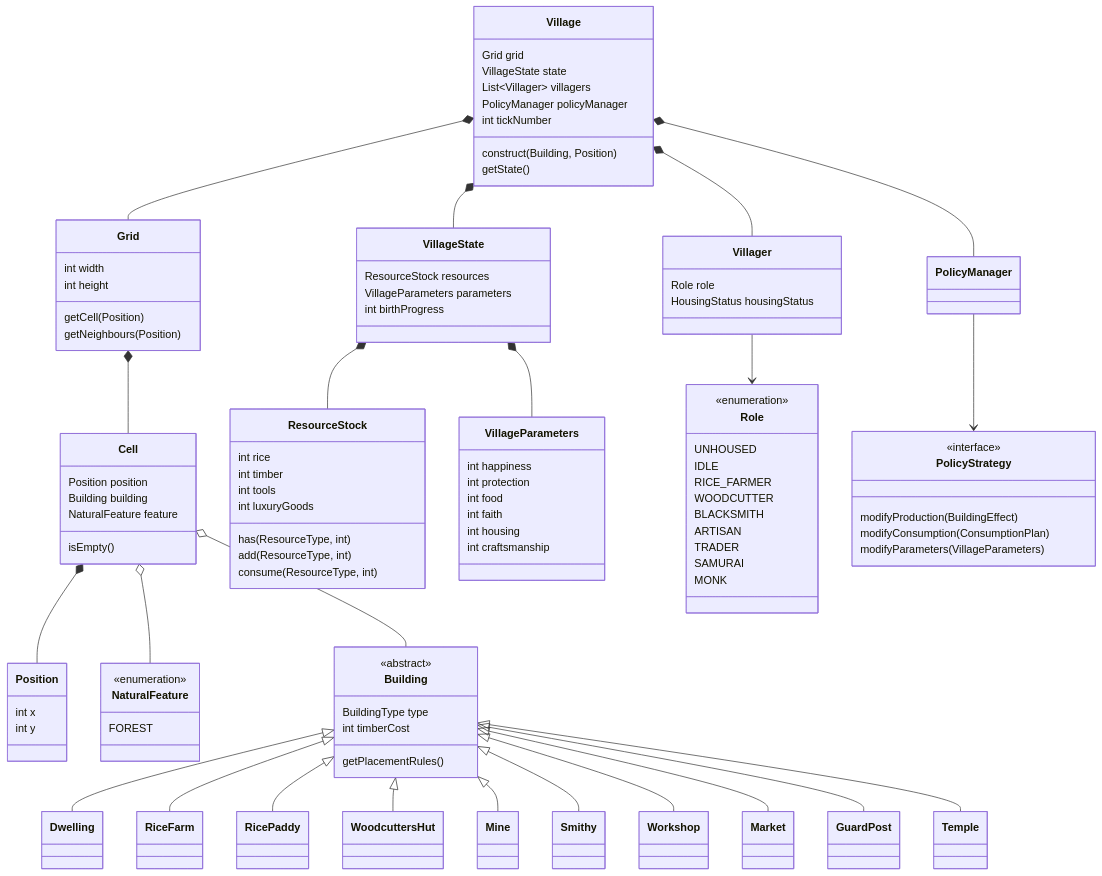
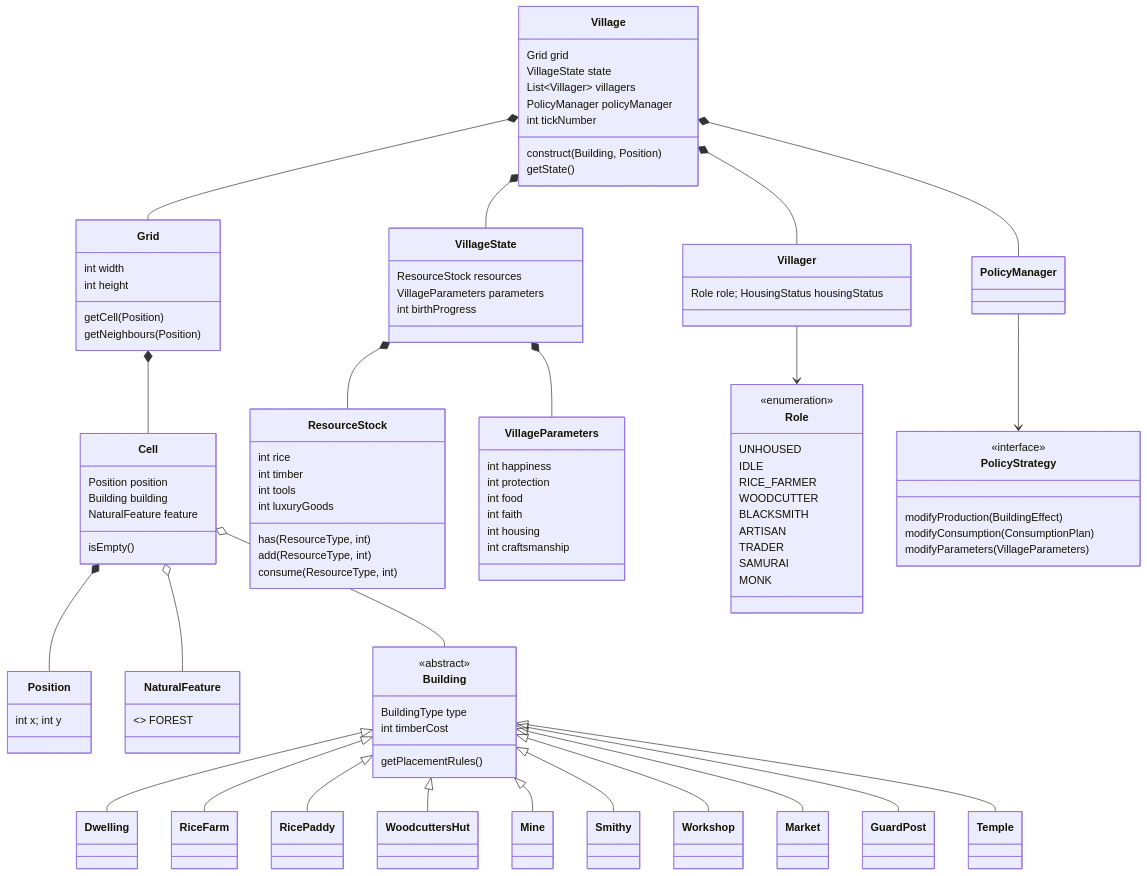
The first of 14 diagrams in docs/DesignDocument.md (edope704/DaimyoSimulator), drawn with Mermaid before and after one commit. The commit also changed other lines of this file, not shown here.

```diff
--- a/docs/DesignDocument.md
+++ b/docs/DesignDocument.md
@@ -43,37 +34,25 @@
         construct(Building, Position)
         getState()
     }
-
     class Grid {
         int width
         int height
         getCell(Position)
         getNeighbours(Position)
     }
-
     class Cell {
         Position position
         Building building
         NaturalFeature feature
         isEmpty()
     }
-
-    class Position {
-        int x
-        int y
-    }
-
-    class NaturalFeature {
-        <<enumeration>>
-        FOREST
-    }
-
+    class Position { int x; int y }
+    class NaturalFeature { <<enumeration>> FOREST }
     class VillageState {
         ResourceStock resources
         VillageParameters parameters
         int birthProgress
     }
-
     class ResourceStock {
         int rice
         int timber
@@ -83,7 +62,6 @@
         add(ResourceType, int)
         consume(ResourceType, int)
     }
-
     class VillageParameters {
         int happiness
         int protection
@@ -92,12 +70,7 @@
         int housing
         int craftsmanship
     }
-
-    class Villager {
-        Role role
-        HousingStatus housingStatus
-    }
-
+    class Villager { Role role; HousingStatus housingStatus }
     class Role {
         <<enumeration>>
         UNHOUSED
@@ -110,14 +83,12 @@
         SAMURAI
         MONK
     }
-
     class Building {
         <<abstract>>
         BuildingType type
         int timberCost
         getPlacementRules()
     }
-
     class PolicyStrategy {
         <<interface>>
         modifyProduction(BuildingEffect)
```
